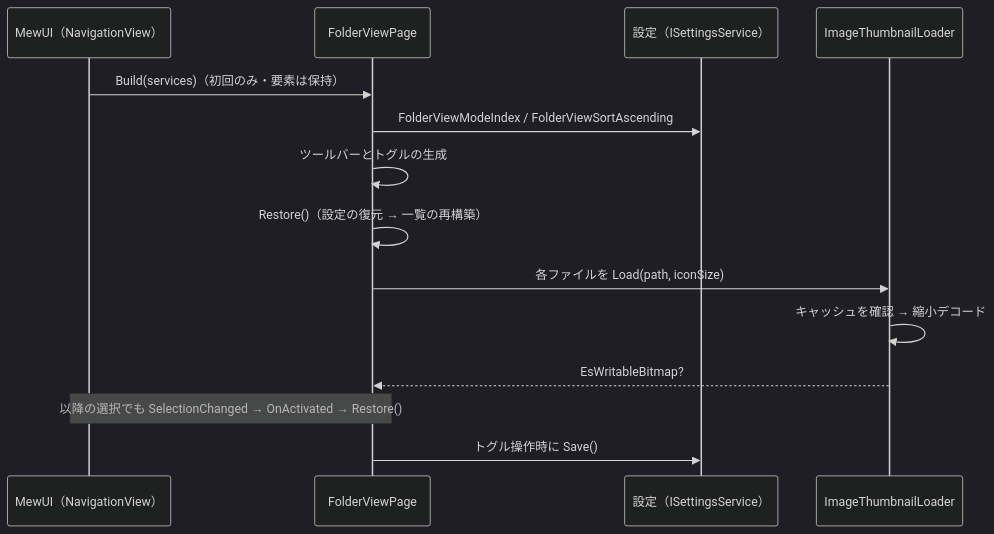
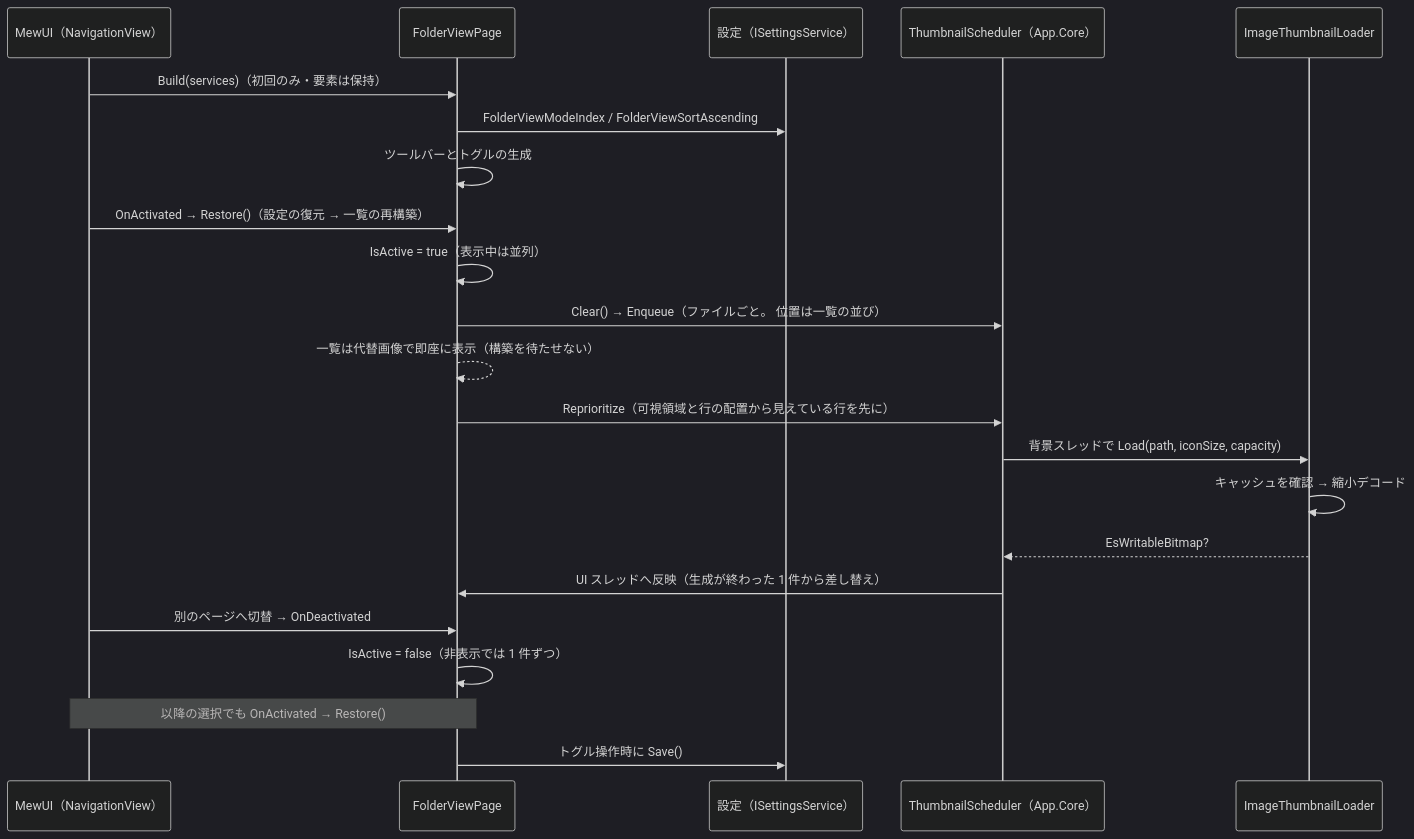
Before and after one commit to tomokuni/SaveEvidence: the fifth of 12 diagrams in src/App.MewUI/docs/SPEC_System.md, drawn with Mermaid (dark theme). The commit also changed other lines of this file and 28 other files, not shown here.

````diff
--- a/src/App.MewUI/docs/SPEC_System.md
+++ b/src/App.MewUI/docs/SPEC_System.md
@@ -425,17 +427,25 @@
 ```mermaid
 sequenceDiagram
     participant MW as MewUI（NavigationView）
     participant FW as FolderViewPage
     participant ST as 設定（ISettingsService）
+    participant TS as ThumbnailScheduler（App.Core）
     participant IL as ImageThumbnailLoader
 
     MW->>FW: Build(services)（初回のみ・要素は保持）
     FW->>ST: FolderViewModeIndex / FolderViewSortAscending
     FW->>FW: ツールバーとトグルの生成
-    FW->>FW: Restore()（設定の復元 → 一覧の再構築）
-    FW->>IL: 各ファイルを Load(path, iconSize)
+    MW->>FW: OnActivated → Restore()（設定の復元 → 一覧の再構築）
+    FW->>FW: IsActive = true（表示中は並列）
+    FW->>TS: Clear() → Enqueue（ファイルごと。 位置は一覧の並び）
+    FW-->>FW: 一覧は代替画像で即座に表示（構築を待たせない）
+    FW->>TS: Reprioritize（可視領域と行の配置から見えている行を先に）
+    TS->>IL: 背景スレッドで Load(path, iconSize, capacity)
     IL->>IL: キャッシュを確認 → 縮小デコード
-    IL-->>FW: EsWritableBitmap?
-    Note over MW,FW: 以降の選択でも SelectionChanged → OnActivated → Restore()
+    IL-->>TS: EsWritableBitmap?
+    TS->>FW: UI スレッドへ反映（生成が終わった 1 件から差し替え）
+    MW->>FW: 別のページへ切替 → OnDeactivated
+    FW->>FW: IsActive = false（非表示では 1 件ずつ）
+    Note over MW,FW: 以降の選択でも OnActivated → Restore()
     FW->>ST: トグル操作時に Save()
 ```
````
